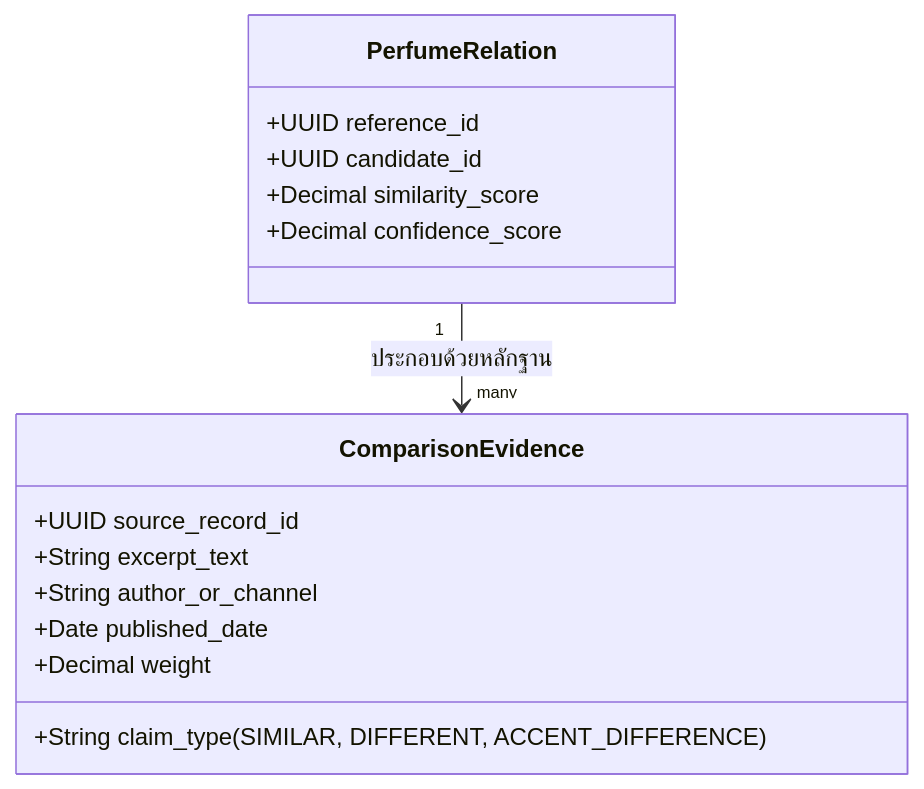
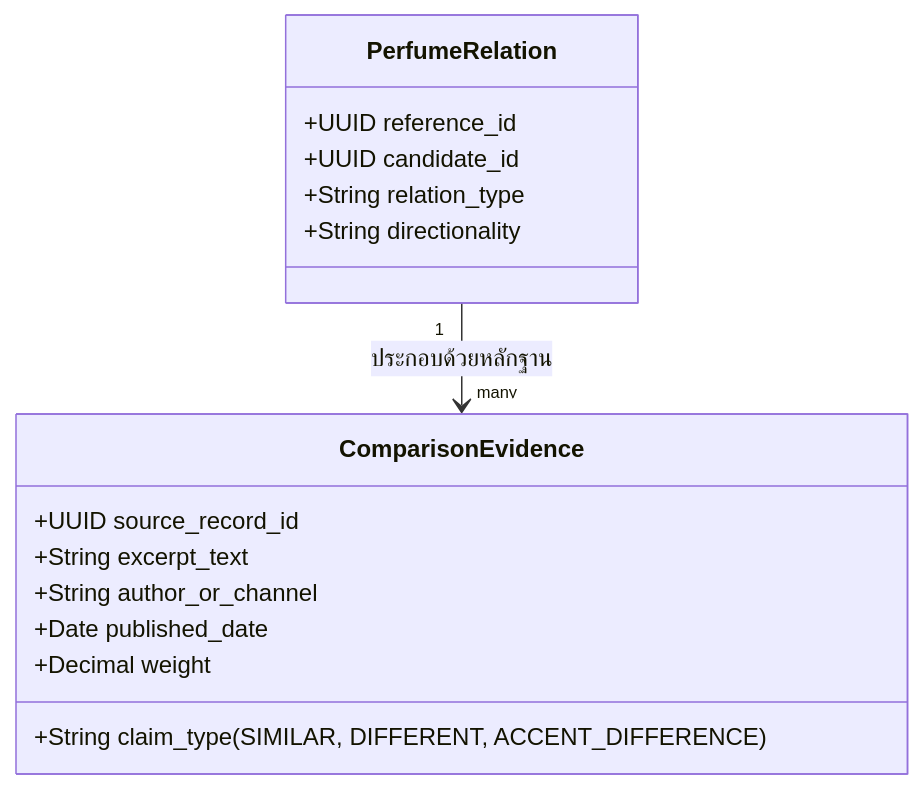
Before and after one commit to kraveerachat/DoomParfum-By-TK: the first of 2 diagrams in Structure DB Obsidian/04_Matching/Review_Evidence_and_Confidence.md, drawn with Mermaid. The commit also changed other lines of this file and 25 other files, not shown here.

````diff
--- a/Structure DB Obsidian/04_Matching/Review_Evidence_and_Confidence.md
+++ b/Structure DB Obsidian/04_Matching/Review_Evidence_and_Confidence.md
@@ -48,19 +48,19 @@
 ```mermaid
 classDiagram
     class PerfumeRelation {
         +UUID reference_id
         +UUID candidate_id
-        +Decimal similarity_score
-        +Decimal confidence_score
+        +String relation_type
+        +String directionality
     }
     class ComparisonEvidence {
         +UUID source_record_id
         +String claim_type (SIMILAR, DIFFERENT, ACCENT_DIFFERENCE)
         +String excerpt_text
         +String author_or_channel
         +Date published_date
         +Decimal weight
     }
 
     PerfumeRelation "1" --> "many" ComparisonEvidence : ประกอบด้วยหลักฐาน
 ```
````
